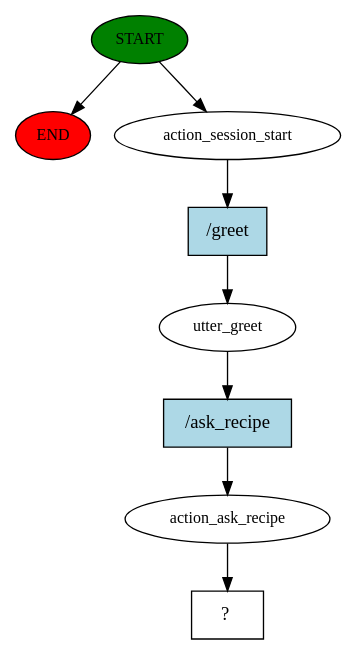
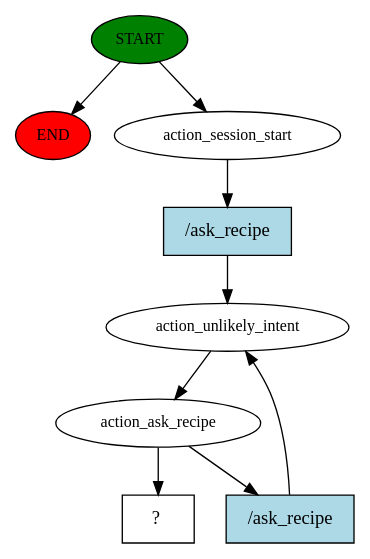
The diagram in rasa-assistant/story_graph.dot (BernardoLeandro1/PI), drawn with Graphviz before and after one commit. The commit also changed 120 other files, not shown here.

```diff
--- a/rasa-assistant/story_graph.dot
+++ b/rasa-assistant/story_graph.dot
@@ -1,21 +1,18 @@
 digraph  {
 0 [class="start active", fillcolor=green, fontsize=12, label=START, style=filled];
 "-1" [class=end, fillcolor=red, fontsize=12, label=END, style=filled];
 1 [class=active, fontsize=12, label=action_session_start];
-2 [class=active, fontsize=12, label=utter_greet];
-3 [class=active, fontsize=12, label=check_event_data_form];
-4 [class="intent dashed active", label="  ?  ", shape=rect];
-5 [class="intent active", fillcolor=lightblue, label="/greet", shape=rect, style=filled];
-6 [class="intent active", fillcolor=lightblue, label="/add_reminder", shape=rect, style=filled];
+2 [class=active, fontsize=12, label=action_unlikely_intent];
 3 [class=active, fontsize=12, label=action_ask_recipe];
-4 [class="intent dashed active", label="  ?  ", shape=rect];
-5 [class="intent active", fillcolor=lightblue, label="/greet", shape=rect, style=filled];
-6 [class="intent active", fillcolor=lightblue, label="/ask_recipe", shape=rect, style=filled];
+8 [class="intent dashed active", label="  ?  ", shape=rect];
+9 [class="intent active", fillcolor=lightblue, label="/ask_recipe", shape=rect, style=filled];
+10 [class="intent active", fillcolor=lightblue, label="/ask_recipe", shape=rect, style=filled];
 0 -> "-1"  [class="", key=NONE, label=""];
 0 -> 1  [class=active, key=NONE, label=""];
-1 -> 5  [class=active, key=0];
-2 -> 6  [class=active, key=0];
-3 -> 4  [class=active, key=NONE, label=""];
-5 -> 2  [class=active, key=0];
-6 -> 3  [class=active, key=0];
+1 -> 9  [class=active, key=0];
+2 -> 3  [class=active, key=NONE, label=""];
+3 -> 8  [class=active, key=NONE, label=""];
+3 -> 10  [class=active, key=0];
+9 -> 2  [class=active, key=0];
+10 -> 2  [class=active, key=0];
 }
```
